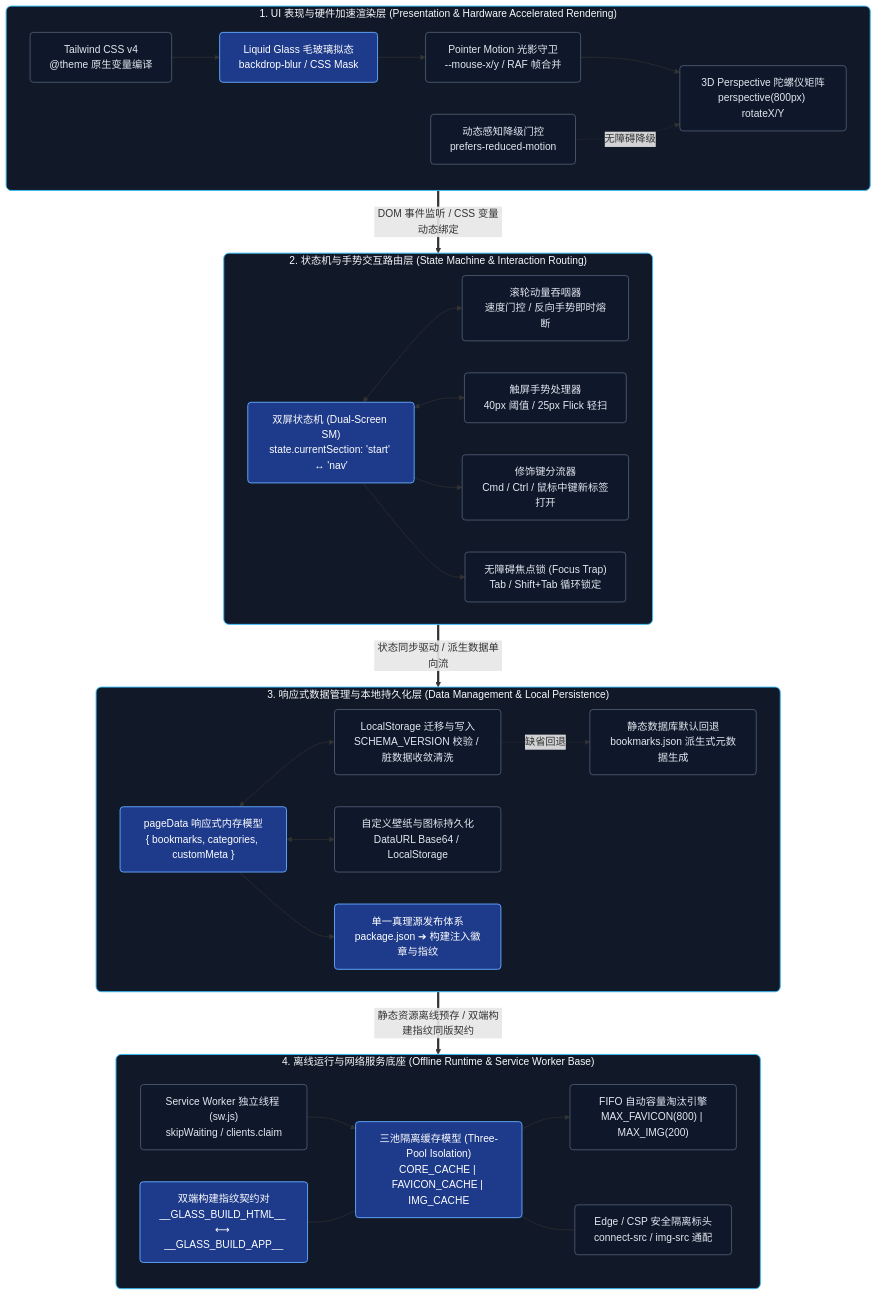
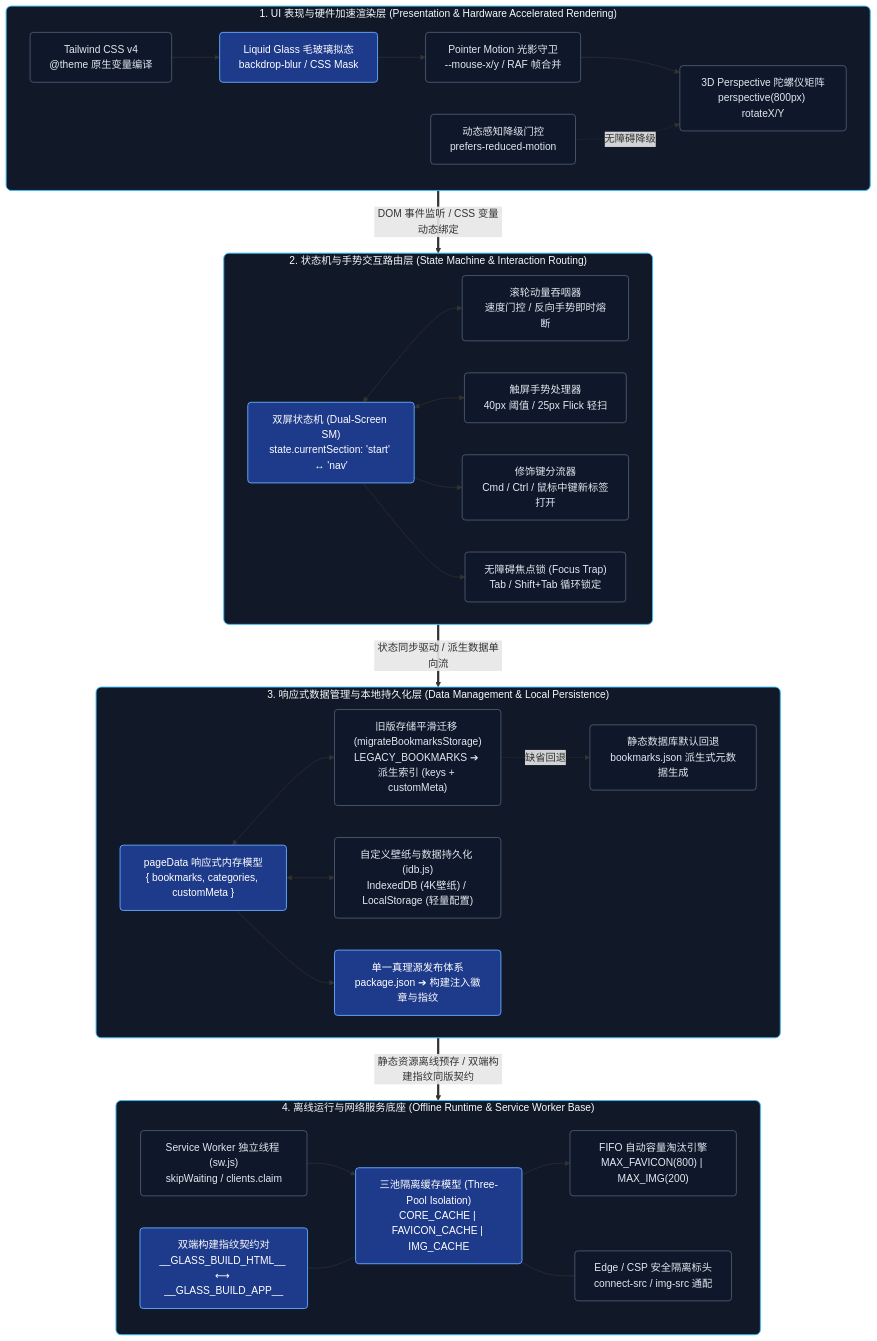
Before and after one commit to leosdcn/glass-start: the first of 5 diagrams in ARCHITECTURE.md, drawn with Mermaid. The commit also changed other lines of this file and 1 other file, not shown here.

Commit message:
docs: streamline README.md showcase and align ARCHITECTURE.md with v4.4.0 reality

````diff
--- a/ARCHITECTURE.md
+++ b/ARCHITECTURE.md
@@ -23,71 +23,71 @@
 ```mermaid
 flowchart TD
     %% ======================= LAYER 1: UI & HARDWARE RENDERING =======================
     subgraph L1 [" 1. UI 表现与硬件加速渲染层 (Presentation & Hardware Accelerated Rendering) "]
         direction LR
         TW4["Tailwind CSS v4<br/>@theme 原生变量编译"]:::nodeBox
         LG["Liquid Glass 毛玻璃拟态<br/>backdrop-blur / CSS Mask"]:::activeBox
         PMG["Pointer Motion 光影守卫<br/>--mouse-x/y / RAF 帧合并"]:::nodeBox
         T3D["3D Perspective 陀螺仪矩阵<br/>perspective(800px) rotateX/Y"]:::nodeBox
         A11Y_MOT["动态感知降级门控<br/>prefers-reduced-motion"]:::nodeBox
 
         TW4 --> LG --> PMG --> T3D
         A11Y_MOT -.->|"无障碍降级"| T3D
     end
 
     %% ======================= LAYER 2: STATE MACHINE & INTERACTION =======================
     subgraph L2 [" 2. 状态机与手势交互路由层 (State Machine & Interaction Routing) "]
         direction LR
         SM["双屏状态机 (Dual-Screen SM)<br/>state.currentSection: 'start' ↔ 'nav'"]:::activeBox
         WHEEL["滚轮动量吞咽器<br/>速度门控 / 反向手势即时熔断"]:::nodeBox
         TOUCH["触屏手势处理器<br/>40px 阈值 / 25px Flick 轻扫"]:::nodeBox
         ROUTER["修饰键分流器<br/>Cmd / Ctrl / 鼠标中键新标签打开"]:::nodeBox
         FOCUS_TRAP["无障碍焦点锁 (Focus Trap)<br/>Tab / Shift+Tab 循环锁定"]:::nodeBox
 
         SM <--> WHEEL
         SM <--> TOUCH
         SM --> ROUTER
         SM --> FOCUS_TRAP
     end
 
     %% ======================= LAYER 3: DATA PERSISTENCE =======================
     subgraph L3 [" 3. 响应式数据管理与本地持久化层 (Data Management & Local Persistence) "]
         direction LR
         RUNTIME["pageData 响应式内存模型<br/>{ bookmarks, categories, customMeta }"]:::activeBox
-        MIGRATION["LocalStorage 迁移与写入<br/>SCHEMA_VERSION 校验 / 脏数据收敛清洗"]:::nodeBox
-        ASSET_STORE["自定义壁纸与图标持久化<br/>DataURL Base64 / LocalStorage"]:::nodeBox
+        MIGRATION["旧版存储平滑迁移 (migrateBookmarksStorage)<br/>LEGACY_BOOKMARKS ➔ 派生索引 (keys + customMeta)"]:::nodeBox
+        ASSET_STORE["自定义壁纸与数据持久化 (idb.js)<br/>IndexedDB (4K壁纸) / LocalStorage (轻量配置)"]:::nodeBox
         FALLBACK_JSON["静态数据库默认回退<br/>bookmarks.json 派生式元数据生成"]:::nodeBox
         SSOT["单一真理源发布体系<br/>package.json ➔ 构建注入徽章与指纹"]:::activeBox
 
         RUNTIME <--> MIGRATION
         RUNTIME <--> ASSET_STORE
         MIGRATION -.->|"缺省回退"| FALLBACK_JSON
         RUNTIME --> SSOT
     end
 
     %% ======================= LAYER 4: SERVICE WORKER & SECURITY =======================
     subgraph L4 [" 4. 离线运行与网络服务底座 (Offline Runtime & Service Worker Base) "]
         direction LR
         SW_THREAD["Service Worker 独立线程 (sw.js)<br/>skipWaiting / clients.claim"]:::nodeBox
         THREE_CACHE["三池隔离缓存模型 (Three-Pool Isolation)<br/>CORE_CACHE | FAVICON_CACHE | IMG_CACHE"]:::activeBox
         FIFO_PRUNE["FIFO 自动容量淘汰引擎<br/>MAX_FAVICON(800) | MAX_IMG(200)"]:::nodeBox
         CSP_SEC["Edge / CSP 安全隔离标头<br/>connect-src / img-src 通配"]:::nodeBox
         BUILD_FP["双端构建指纹契约对<br/>__GLASS_BUILD_HTML__ ⟷ __GLASS_BUILD_APP__"]:::activeBox
 
         SW_THREAD --> THREE_CACHE --> FIFO_PRUNE
         THREE_CACHE --- CSP_SEC
         BUILD_FP --- THREE_CACHE
     end
 
     %% ======================= LAYER INTERCONNECTIONS =======================
     L1 ==>|"DOM 事件监听 / CSS 变量动态绑定"| L2
     L2 ==>|"状态同步驱动 / 派生数据单向流"| L3
     L3 ==>|"静态资源离线预存 / 双端构建指纹同版契约"| L4
 
     %% ======================= STYLES =======================
     classDef layerBox fill:#111827,stroke:#38bdf8,stroke-width:1.5px,color:#f8fafc,rx:8px
     classDef nodeBox fill:#0f172a,stroke:#64748b,stroke-width:1px,color:#e2e8f0,rx:5px
     classDef activeBox fill:#1e3a8a,stroke:#60a5fa,stroke-width:1.5px,color:#ffffff,rx:5px
 
     class L1,L2,L3,L4 layerBox
 ```
````
